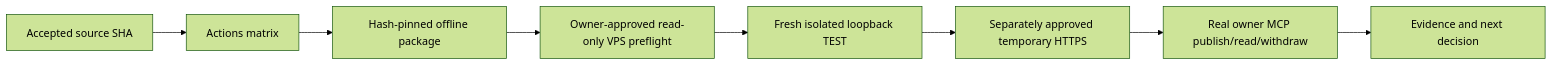
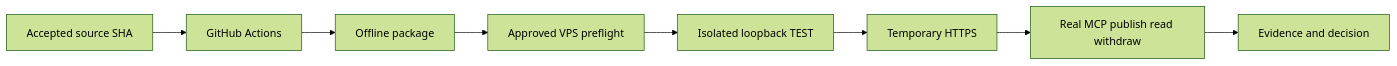
The fifth of 5 diagrams in docs/architecture-graph.md (LeonidYasin/mcp-rooms), drawn with Mermaid (forest theme) before and after one commit. The commit also changed other lines of this file and 4 other files, not shown here.

````diff
--- a/docs/architecture-graph.md
+++ b/docs/architecture-graph.md
@@ -141,10 +109,10 @@
 ```mermaid
 flowchart LR
-  CODE[Accepted source SHA] --> CI[Actions matrix]
-  CI --> PKG[Hash-pinned offline package]
-  PKG --> PRE[Owner-approved read-only VPS preflight]
-  PRE --> LOOP[Fresh isolated loopback TEST]
-  LOOP --> HTTPS[Separately approved temporary HTTPS]
-  HTTPS --> REAL[Real owner MCP publish/read/withdraw]
-  REAL --> REVIEW[Evidence and next decision]
+  Source[Accepted source SHA] --> Actions[GitHub Actions]
+  Actions --> Package[Offline package]
+  Package --> Preflight[Approved VPS preflight]
+  Preflight --> Loopback[Isolated loopback TEST]
+  Loopback --> HTTPS[Temporary HTTPS]
+  HTTPS --> RealFlow[Real MCP publish read withdraw]
+  RealFlow --> Review[Evidence and decision]
 ```
````
